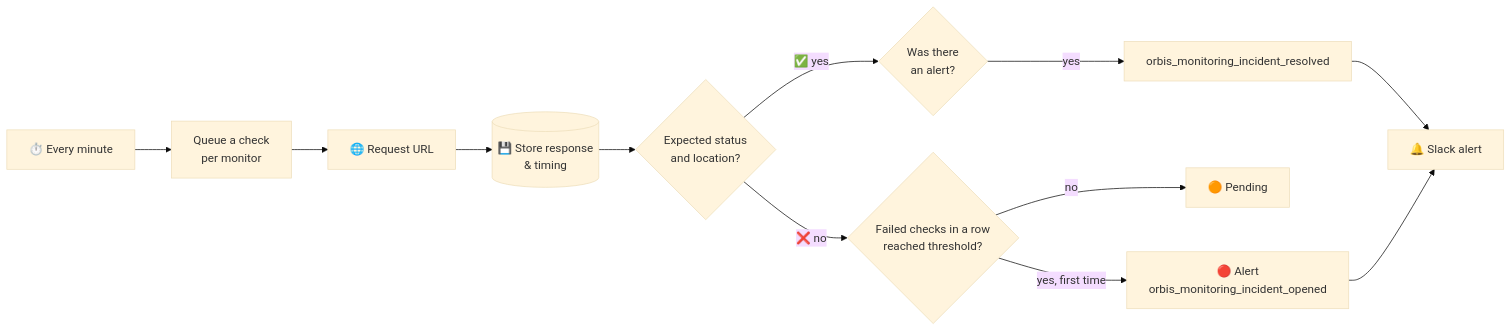
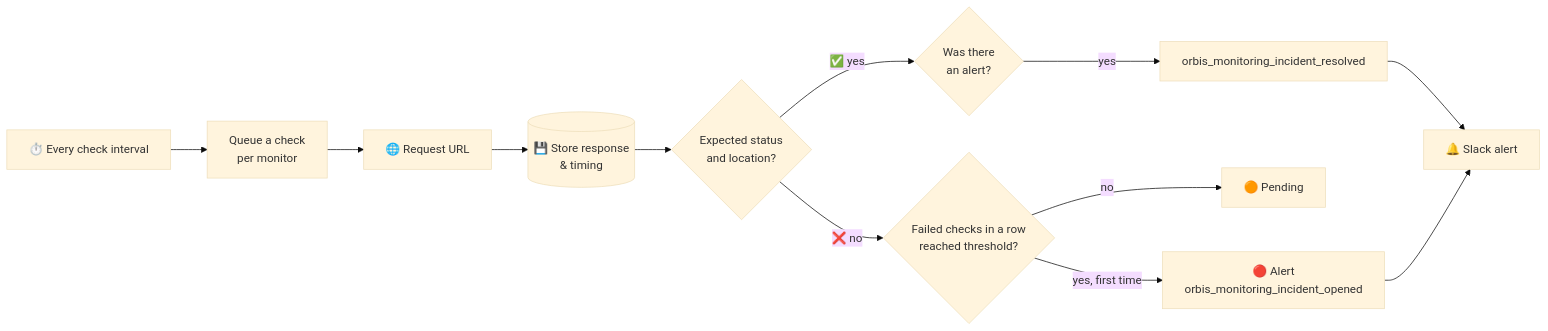
The diagram in README.md (pronamic/wp-orbis-monitoring), drawn with Mermaid (base theme) before and after one commit. The commit also changed other lines of this file and 5 other files, not shown here.

First line of the commit message:
Make the check interval configurable, default 5 minutes

````diff
--- a/README.md
+++ b/README.md
@@ -48,14 +48,14 @@
 ```mermaid
 flowchart LR
-    A[⏱️ Every minute] --> B[Queue a check<br/>per monitor]
+    A[⏱️ Every check interval] --> B[Queue a check<br/>per monitor]
     B --> C[🌐 Request URL]
     C --> D[(💾 Store response<br/>& timing)]
     D --> E{Expected status<br/>and location?}
     E -- ✅ yes --> F{Was there<br/>an alert?}
     F -- yes --> G[orbis_monitoring_incident_resolved]
     E -- ❌ no --> H{Failed checks in a row<br/>reached threshold?}
     H -- no --> I[🟠 Pending]
     H -- yes, first time --> J[🔴 Alert<br/>orbis_monitoring_incident_opened]
     G --> K[🔔 Slack alert]
     J --> K
 ```
````
